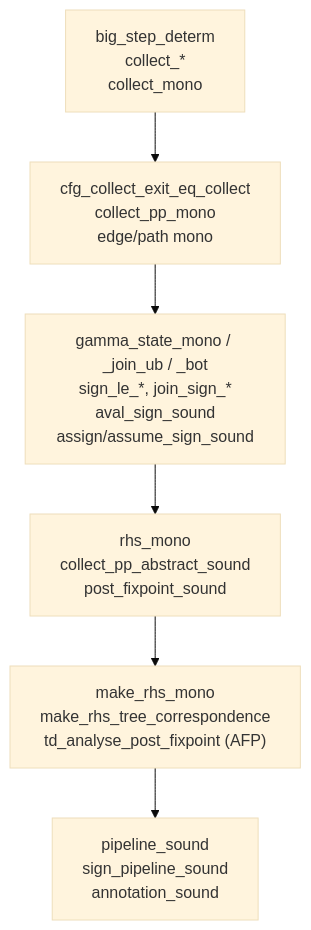
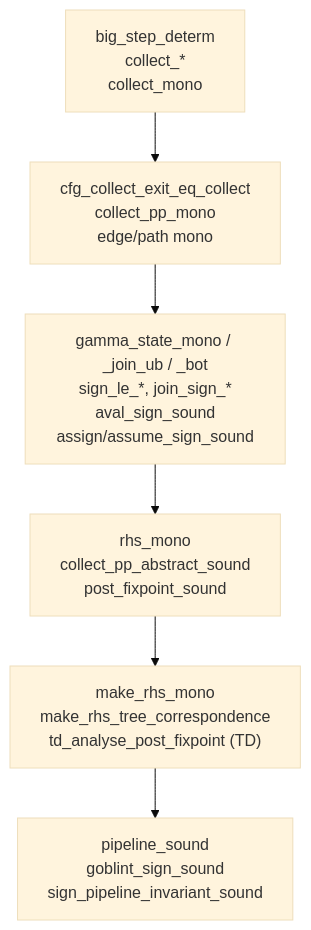
The sixth of 6 diagrams in docs/PIPELINE_WALKTHROUGH.md (ManuelLerchner/Voblint-Verification-Master-Thesis), drawn with Mermaid (base theme) before and after one commit. The commit also changed other lines of this file and 20 other files, not shown here.

````diff
--- a/docs/PIPELINE_WALKTHROUGH.md
+++ b/docs/PIPELINE_WALKTHROUGH.md
@@ -758,9 +714,9 @@
 ```mermaid
 flowchart TD
   L1["big_step_determ<br/>collect_*<br/>collect_mono"] --> L2
   L2["cfg_collect_exit_eq_collect<br/>collect_pp_mono<br/>edge/path mono"] --> L3
   L3["gamma_state_mono / _join_ub / _bot<br/>sign_le_*, join_sign_*<br/>aval_sign_sound<br/>assign/assume_sign_sound"] --> L4
   L4["rhs_mono<br/>collect_pp_abstract_sound<br/>post_fixpoint_sound"] --> L5
-  L5["make_rhs_mono<br/>make_rhs_tree_correspondence<br/>td_analyse_post_fixpoint (AFP)"] --> L6
-  L6["pipeline_sound<br/>sign_pipeline_sound<br/>annotation_sound"]
+  L5["make_rhs_mono<br/>make_rhs_tree_correspondence<br/>td_analyse_post_fixpoint (TD)"] --> L6
+  L6["pipeline_sound<br/>goblint_sign_sound<br/>sign_pipeline_invariant_sound"]
 ```
````
